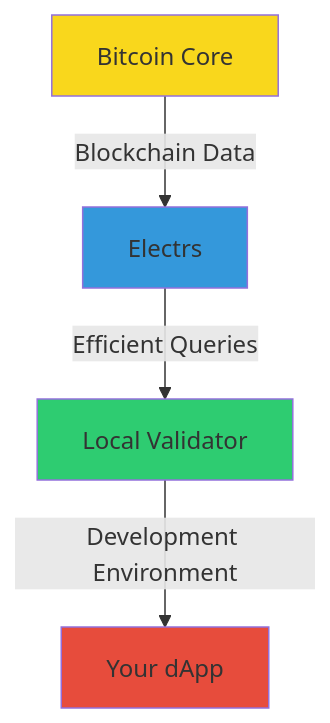
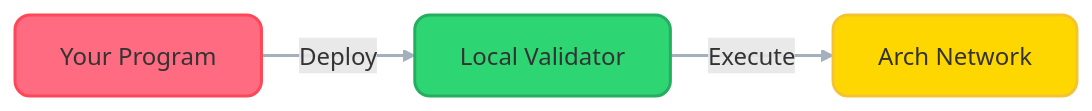
The diagram in src/getting-started/quick-start.md (Arch-Network/book), drawn with Mermaid before and after one commit. The commit also changed other lines of this file and 17 other files, not shown here.

````diff
--- a/src/getting-started/quick-start.md
+++ b/src/getting-started/quick-start.md
@@ -7,10 +7,13 @@
 ```mermaid
-graph TD
-    A[Bitcoin Core] -->|Blockchain Data| B[Electrs]
-    B -->|Efficient Queries| C[Local Validator]
-    C -->|Development Environment| D[Your dApp]
-    style A fill:#f9d71c
-    style B fill:#3498db
-    style C fill:#2ecc71
-    style D fill:#e74c3c
+graph LR
+    A[Your Program] -->|Deploy| B[Local Validator]
+    B -->|Execute| C[Arch Network]
+    classDef default fill:#f8f9fa,stroke:#dee2e6,stroke-width:2px,rx:10px,ry:10px
+    classDef program fill:#ff6b81,stroke:#ff4757,stroke-width:2px,rx:10px,ry:10px
+    classDef validator fill:#2ed573,stroke:#26ae60,stroke-width:2px,rx:10px,ry:10px
+    classDef network fill:#ffd700,stroke:#f4c430,stroke-width:2px,rx:10px,ry:10px
+    class A program
+    class B validator
+    class C network
+    linkStyle default stroke:#a4b0be,stroke-width:2px
 ```
````
